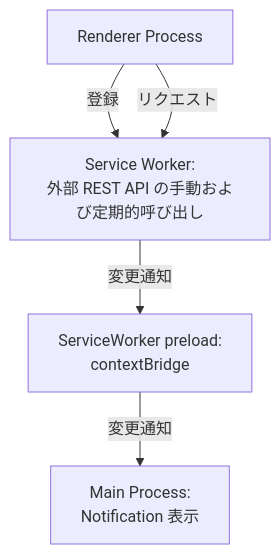
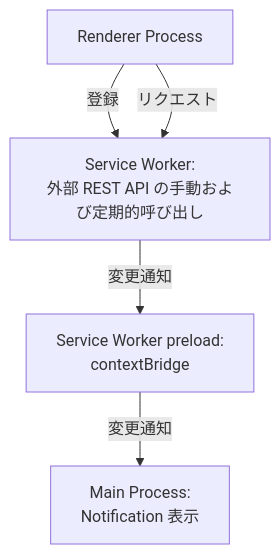
Before and after one commit to mamezou-tech/mamezou-tech-site: the third of 3 diagrams in src/posts/blogs/2025/0331_electron-v35-service-worker-preload-scripts.md, drawn with Mermaid. The commit also changed other lines of this file, not shown here.

````diff
--- a/src/posts/blogs/2025/0331_electron-v35-service-worker-preload-scripts.md
+++ b/src/posts/blogs/2025/0331_electron-v35-service-worker-preload-scripts.md
@@ -83,5 +85,5 @@
 ```mermaid
 flowchart TD
-  R[Renderer Process]--登録-->S[Service Worker:<br>外部 REST API の手動および定期的呼び出し] --変更通知--> SP[ServiceWorker preload:<br>contextBridge] --変更通知--> C[Main Process:<br>Notification 表示]
+  R[Renderer Process]--登録-->S[Service Worker:<br>外部 REST API の手動および定期的呼び出し] --変更通知--> SP[Service Worker preload:<br>contextBridge] --変更通知--> C[Main Process:<br>Notification 表示]
   R--リクエスト-->S
 ```
````
